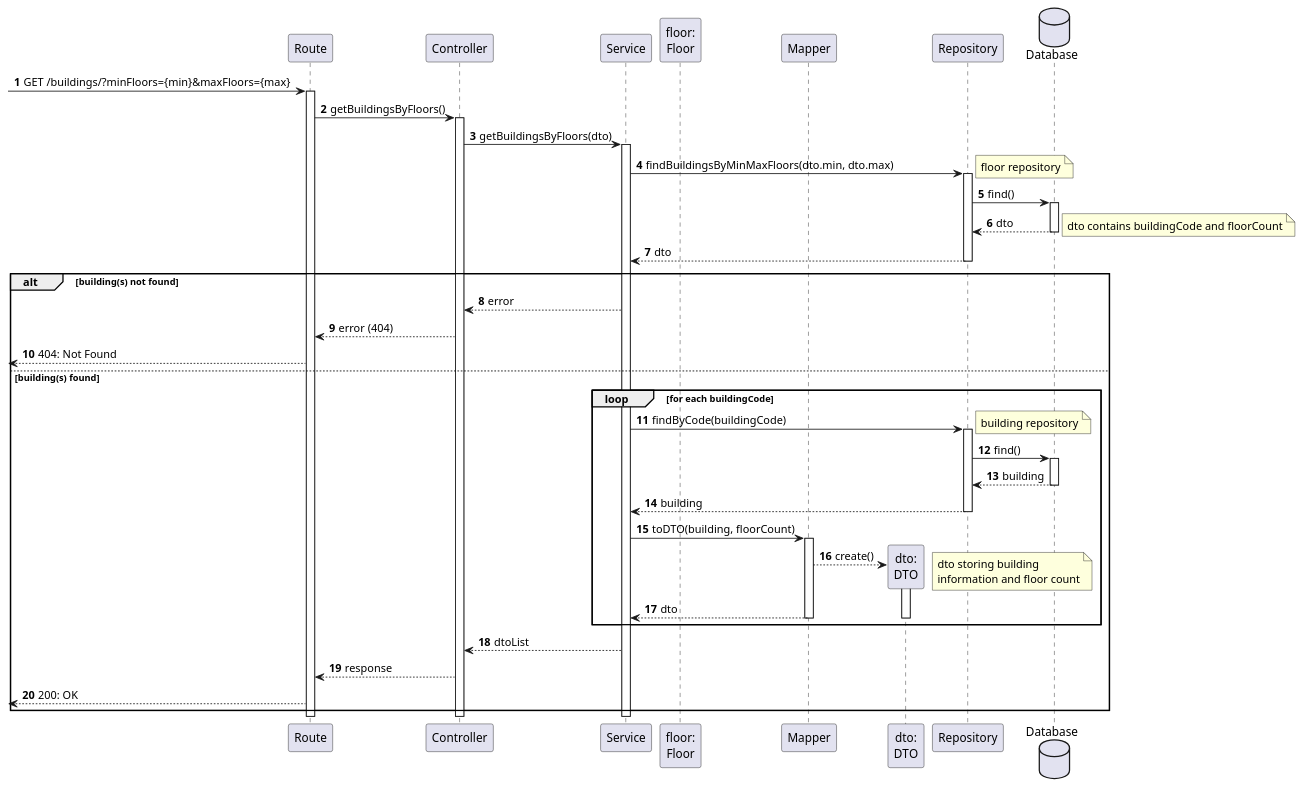
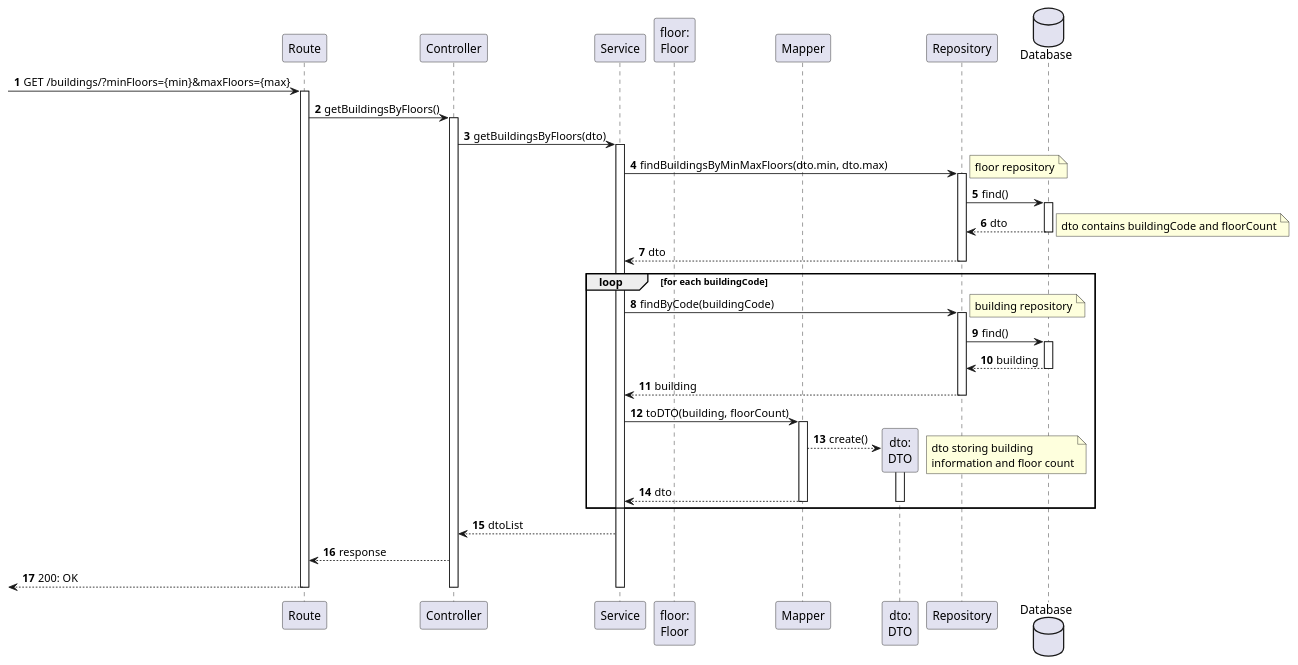
The diagram in docs/us180/level3/process-view.puml (Departamento-de-Engenharia-Informatica/lapr5-23-24-g19), drawn with PlantUML before and after one commit. The commit also changed 6 other files, not shown here.

Commit message:
docs(us180): updated backend diagrams

```diff
--- a/docs/us180/level3/process-view.puml
+++ b/docs/us180/level3/process-view.puml
@@ -1,67 +1,61 @@
 @startuml
 autonumber
 
 participant "Route" as r
 participant "Controller" as ctrl
 participant "Service" as svc
 
 participant "floor:\nFloor" as floor
 participant "Mapper" as map
 participant "dto:\nDTO" as dto
 
 participant "Repository" as repo
 database "Database" as db
 
 [-> r: GET /buildings/?minFloors={min}&maxFloors={max}
 activate r
     r -> ctrl : getBuildingsByFloors()
     activate ctrl
         ctrl -> svc : getBuildingsByFloors(dto)
         activate svc
             svc -> repo : findBuildingsByMinMaxFloors(dto.min, dto.max)
             activate repo
                 note right: floor repository
                 repo -> db : find()
                 activate db
                     db --> repo : dto
                     note right : dto contains buildingCode and floorCount
                 deactivate db
                 repo --> svc : dto
             deactivate repo
 
-            alt building(s) not found
-                svc --> ctrl : error
-                ctrl --> r : error (404)
-                [<--r : 404: Not Found
-            else building(s) found
 
             loop for each buildingCode
                 svc -> repo : findByCode(buildingCode)
                 activate repo
                     note right : building repository
                     repo -> db : find()
                     activate db
                          db --> repo : building
                     deactivate db
                     repo --> svc : building
                 deactivate repo
 
                 svc -> map : toDTO(building, floorCount)
 
                 activate map
                     map --> dto** : create()
                     note right : dto storing building \ninformation and floor count
                     activate dto
                         map --> svc : dto
                     deactivate dto
                 deactivate map
             end loop
                 svc --> ctrl : dtoList
                 ctrl --> r : response
                 [<-- r : 200: OK
-            end
         deactivate svc
     deactivate ctrl
 deactivate r
 
 @enduml
```
